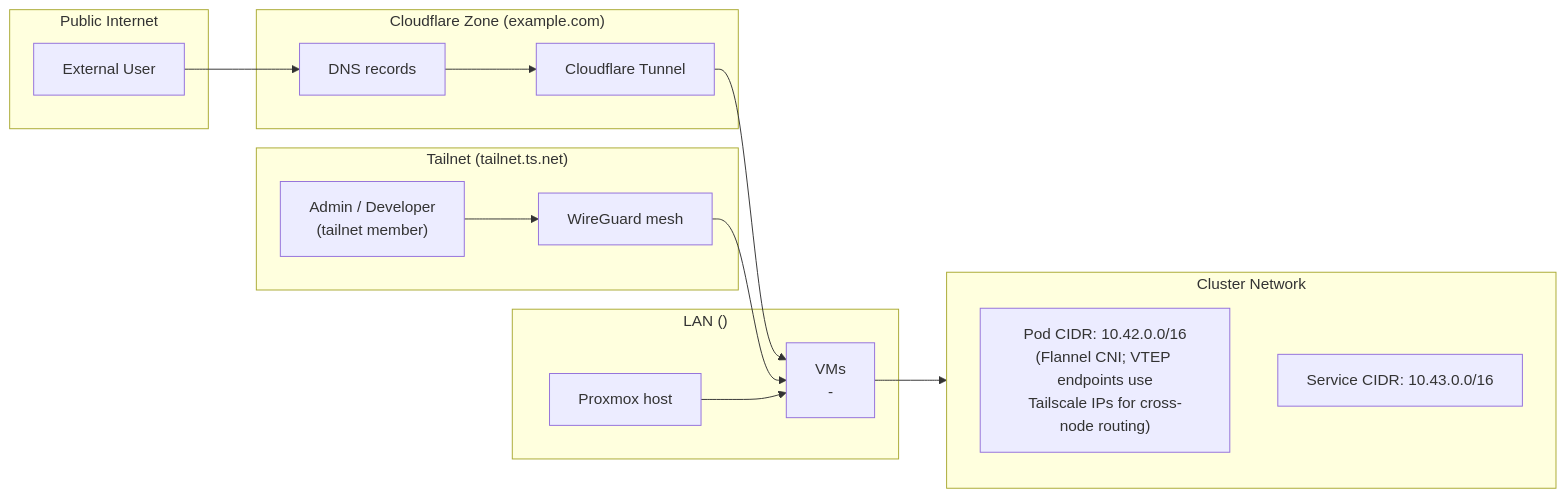
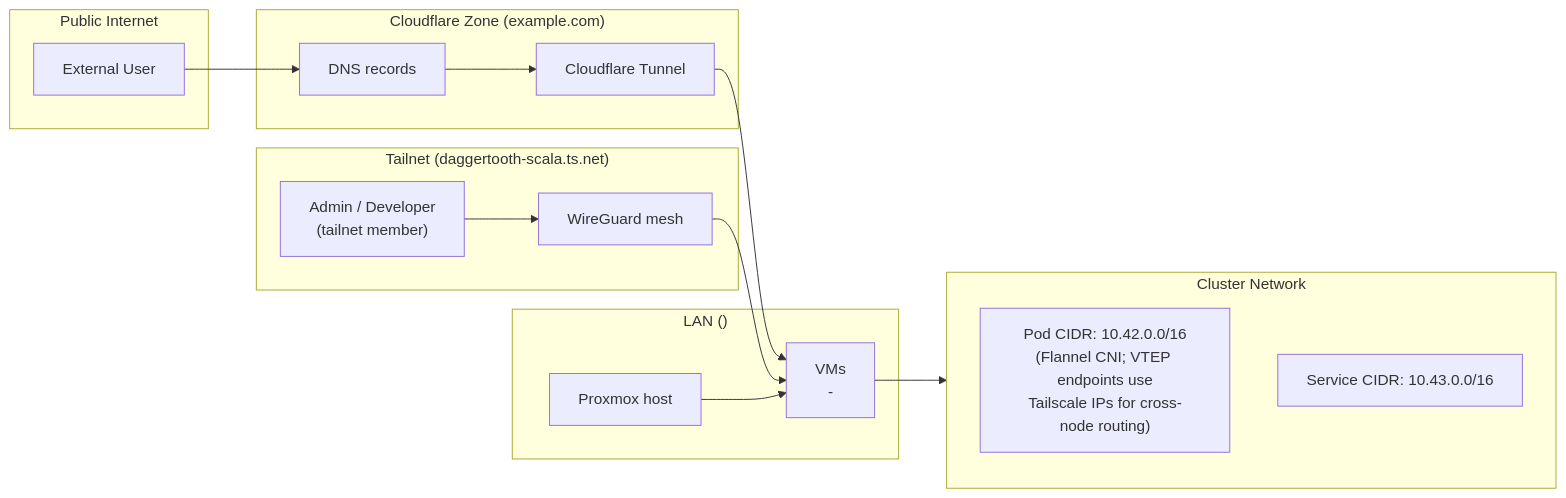
The fifth of 5 diagrams in docs/topology.md (hexabyte8/homelab), drawn with Mermaid before and after one commit. The commit also changed other lines of this file and 18 other files, not shown here.

````diff
--- a/docs/topology.md
+++ b/docs/topology.md
@@ -105,31 +105,31 @@
 ```mermaid
 graph LR
     subgraph public["Public Internet"]
         user["External User"]
     end
 
     subgraph cloudflare_zone["Cloudflare Zone (example.com)"]
         dns["DNS records"]
         tunnel["Cloudflare Tunnel"]
     end
 
-    subgraph tailnet_zone["Tailnet (tailnet.ts.net)"]
+    subgraph tailnet_zone["Tailnet (daggertooth-scala.ts.net)"]
         admin["Admin / Developer<br/>(tailnet member)"]
         ts_mesh["WireGuard mesh"]
     end
 
     subgraph lan["LAN (<lan-cidr>)"]
         proxmox_host["Proxmox host<br/><proxmox-lan-ip>"]
         vm_net["VMs<br/><k3s-agent-1-lan-ip>-<k3s-agent-2-lan-ip>"]
     end
 
     subgraph cluster_net["Cluster Network"]
         pod_cidr["Pod CIDR: 10.42.0.0/16<br/>(Flannel CNI; VTEP endpoints use<br/>Tailscale IPs for cross-node routing)"]
         svc_cidr["Service CIDR: 10.43.0.0/16"]
     end
 
     user --> dns --> tunnel --> vm_net
     admin --> ts_mesh --> vm_net
     vm_net --> cluster_net
     proxmox_host --> vm_net
 ```
````
